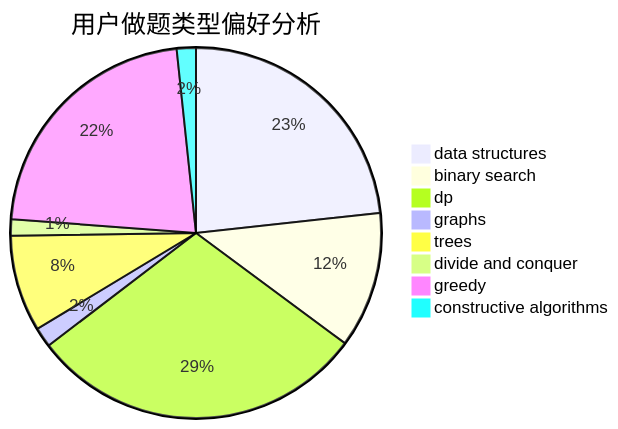
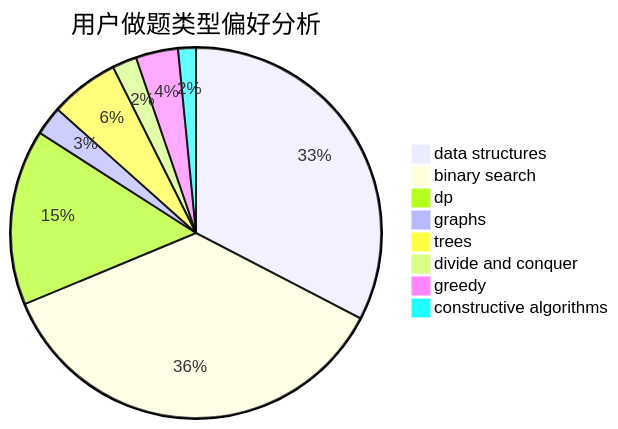
The second of 3 diagrams in docs/user/u2674.md (sherpahu/cfrs.github.io), drawn with Mermaid before and after one commit. The commit also changed other lines of this file and 2770 other files, not shown here.

````diff
--- a/docs/user/u2674.md
+++ b/docs/user/u2674.md
@@ -23,11 +23,11 @@
 ```mermaid
 pie title 用户做题类型偏好分析
-    "data structures" :  390
-    "binary search" :  199
-    "dp" :  494
-    "graphs" :  29
-    "trees" :  141
-    "divide and conquer" :  24
-    "greedy" :  371
-    "constructive algorithms" :  28
+    "data structures" :  168
+    "binary search" :  186
+    "dp" :  79
+    "graphs" :  13
+    "trees" :  31
+    "divide and conquer" :  11
+    "greedy" :  19
+    "constructive algorithms" :  8
 ```
````
